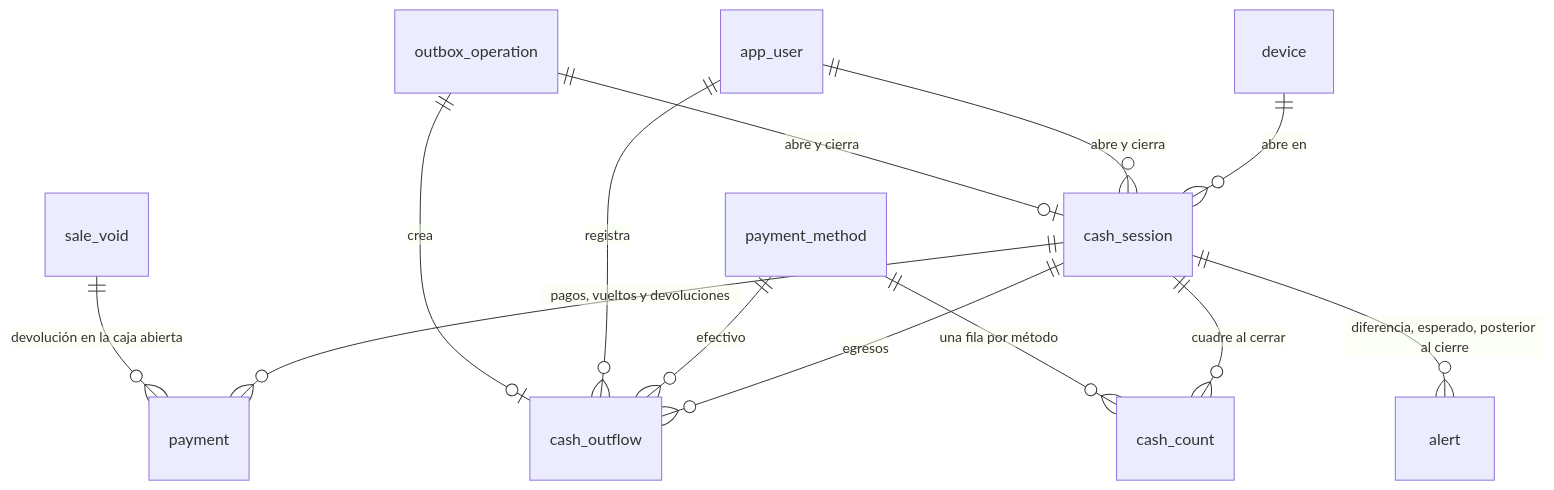
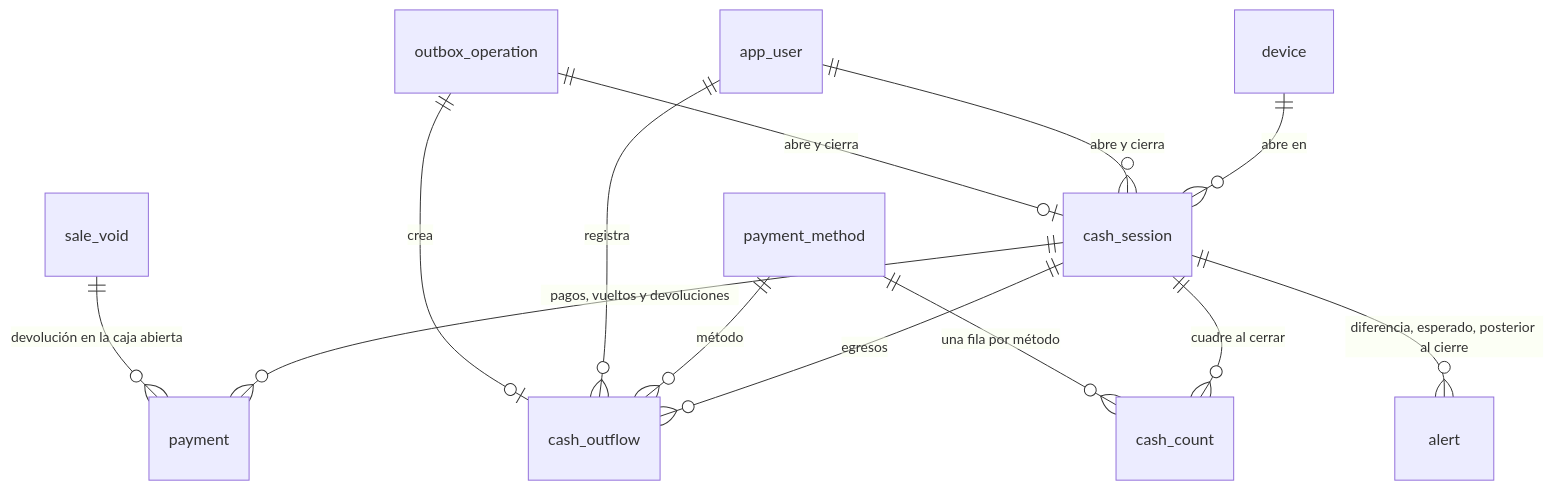
The diagram in specs/005-cierre-caja/data-model.md (sherzo/sht-gestion), drawn with Mermaid before and after one commit. The commit also changed other lines of this file and 8 other files, not shown here.

````diff
--- a/specs/005-cierre-caja/data-model.md
+++ b/specs/005-cierre-caja/data-model.md
@@ -14,15 +14,15 @@
 ```mermaid
 erDiagram
     device ||--o{ cash_session : "abre en"
     cash_session ||--o{ payment : "pagos, vueltos y devoluciones"
     cash_session ||--o{ cash_outflow : egresos
     cash_session ||--o{ cash_count : "cuadre al cerrar"
-    payment_method ||--o{ cash_outflow : "efectivo"
+    payment_method ||--o{ cash_outflow : "método"
     payment_method ||--o{ cash_count : "una fila por método"
     app_user ||--o{ cash_outflow : registra
     app_user ||--o{ cash_session : "abre y cierra"
     outbox_operation ||--o| cash_outflow : crea
     outbox_operation ||--o| cash_session : "abre y cierra"
     sale_void ||--o{ payment : "devolución en la caja abierta"
     cash_session ||--o{ alert : "diferencia, esperado, posterior al cierre"
 ```
````
